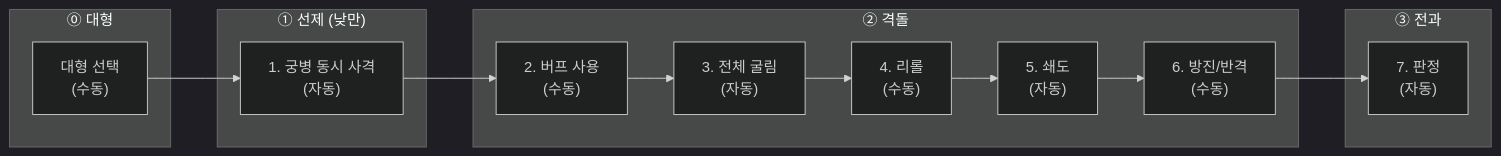
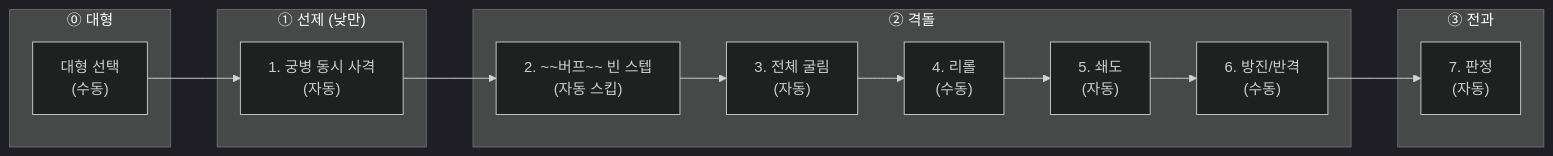
Before and after one commit to roam1215-beep/Chronicle-wiki: the diagram in 02_전투/구조/전투구조.md, drawn with Mermaid (dark theme). The commit also changed other lines of this file and 4 other files, not shown here.

````diff
--- a/02_전투/구조/전투구조.md
+++ b/02_전투/구조/전투구조.md
@@ -193,18 +192,18 @@
 ```mermaid
 flowchart LR
     subgraph "⓪ 대형"
         S0["대형 선택\n(수동)"]
     end
     subgraph "① 선제 (낮만)"
         S1["1. 궁병 동시 사격\n(자동)"]
     end
     subgraph "② 격돌"
-        S2["2. 버프 사용\n(수동)"] --> S3["3. 전체 굴림\n(자동)"] --> S4["4. 리롤\n(수동)"] --> S5["5. 쇄도\n(자동)"] --> S6["6. 방진/반격\n(수동)"]
+        S2["2. ~~버프~~ 빈 스텝\n(자동 스킵)"] --> S3["3. 전체 굴림\n(자동)"] --> S4["4. 리롤\n(수동)"] --> S5["5. 쇄도\n(자동)"] --> S6["6. 방진/반격\n(수동)"]
     end
     subgraph "③ 전과"
         S7["7. 판정\n(자동)"]
     end
     S0 --> S1
     S1 --> S2
     S6 --> S7
 ```
````
